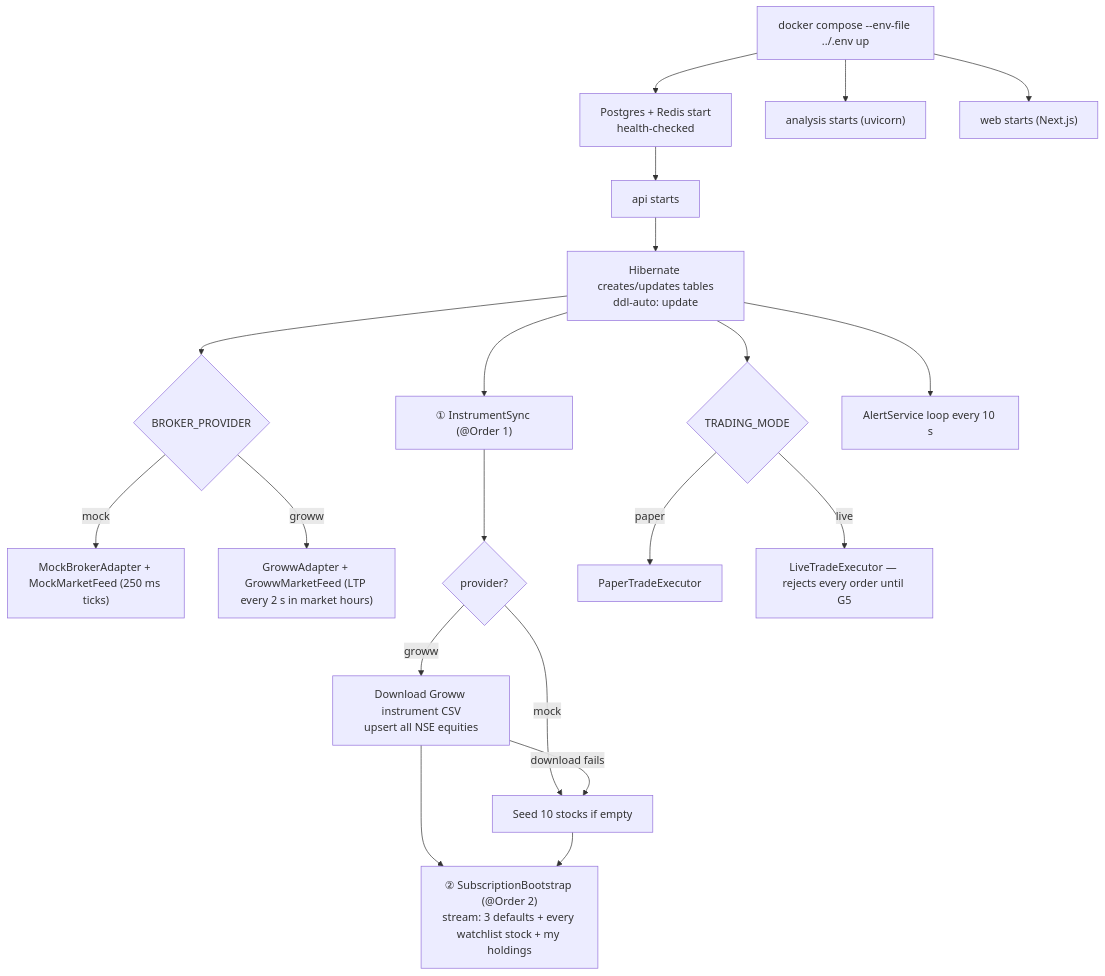
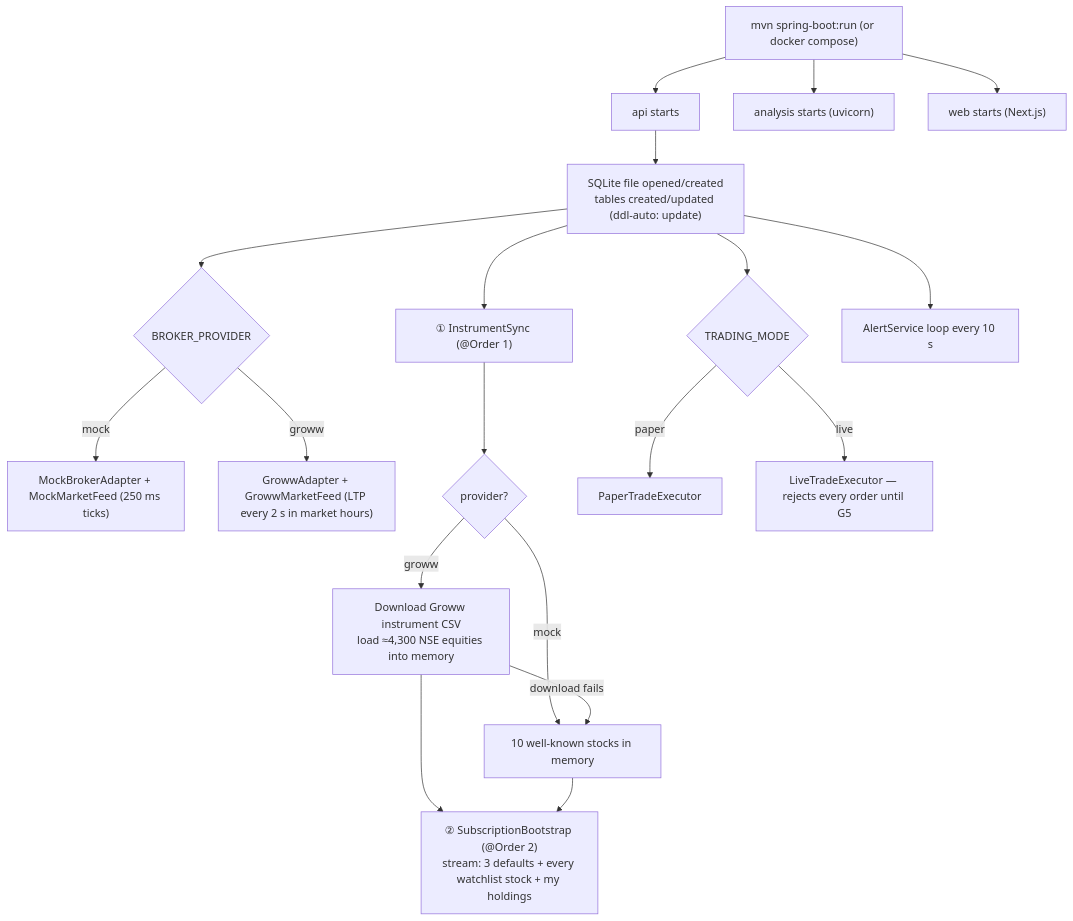
One commit to letscodeshivansh/EaseTrading changed the second of 15 diagrams in docs/PROJECT_FLOW.md. Above: the diagram before and after it, drawn with Mermaid. The commit also changed other lines of this file and 1 other file, not shown here.

````diff
--- a/docs/PROJECT_FLOW.md
+++ b/docs/PROJECT_FLOW.md
@@ -189,22 +164,21 @@
 ```mermaid
 flowchart TD
-    S["docker compose --env-file ../.env up"] --> PG["Postgres + Redis start<br/>health-checked"]
-    PG --> A["api starts"]
-    A --> A1["Hibernate creates/updates tables<br/>ddl-auto: update"]
+    S["mvn spring-boot:run (or docker compose)"] --> A["api starts"]
+    A --> A1["SQLite file opened/created<br/>tables created/updated (ddl-auto: update)"]
     A1 --> B{"BROKER_PROVIDER"}
     B -- "mock" --> BM["MockBrokerAdapter + MockMarketFeed (250 ms ticks)"]
     B -- "groww" --> BG["GrowwAdapter + GrowwMarketFeed (LTP every 2 s in market hours)"]
     A1 --> I1["① InstrumentSync (@Order 1)"]
     I1 --> I2{"provider?"}
-    I2 -- "groww" --> I3["Download Groww instrument CSV<br/>upsert all NSE equities"]
-    I2 -- "mock" --> I4["Seed 10 stocks if empty"]
+    I2 -- "groww" --> I3["Download Groww instrument CSV<br/>load ≈4,300 NSE equities into memory"]
+    I2 -- "mock" --> I4["10 well-known stocks in memory"]
     I3 -- "download fails" --> I4
     I3 --> SB["② SubscriptionBootstrap (@Order 2)<br/>stream: 3 defaults + every watchlist stock + my holdings"]
     I4 --> SB
     A1 --> T{"TRADING_MODE"}
     T -- "paper" --> P["PaperTradeExecutor"]
     T -- "live" --> LV["LiveTradeExecutor — rejects every order until G5"]
     A1 --> AL["AlertService loop every 10 s"]
     S --> PY["analysis starts (uvicorn)"]
     S --> W["web starts (Next.js)"]
 ```
````
